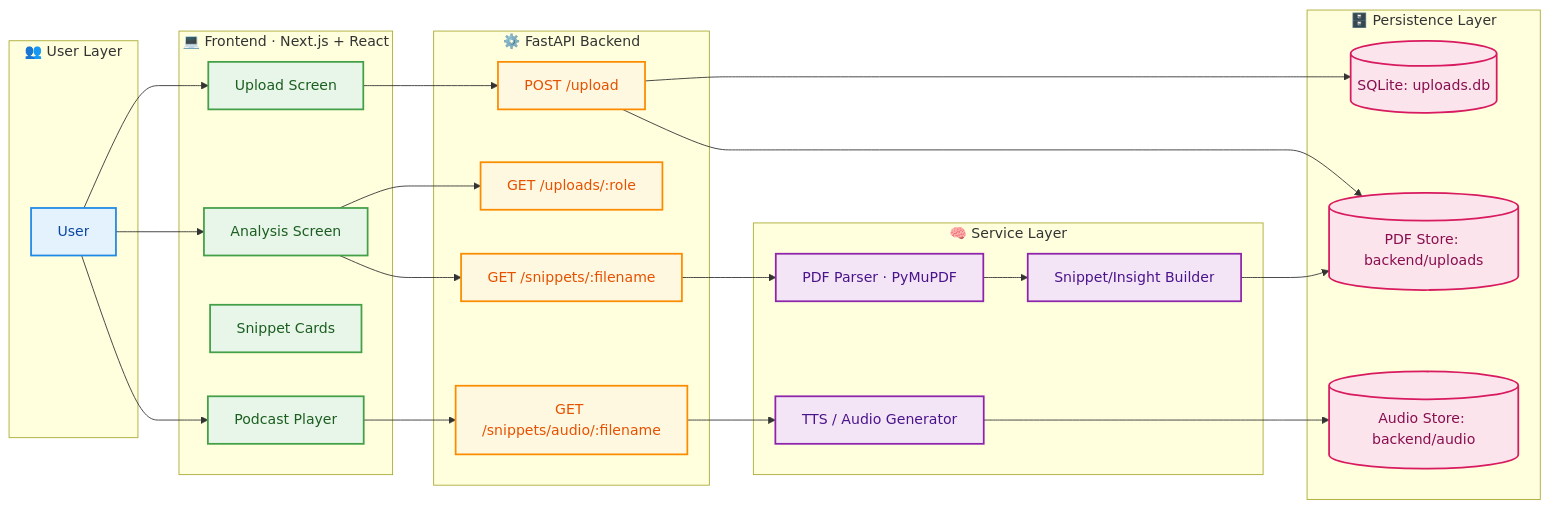
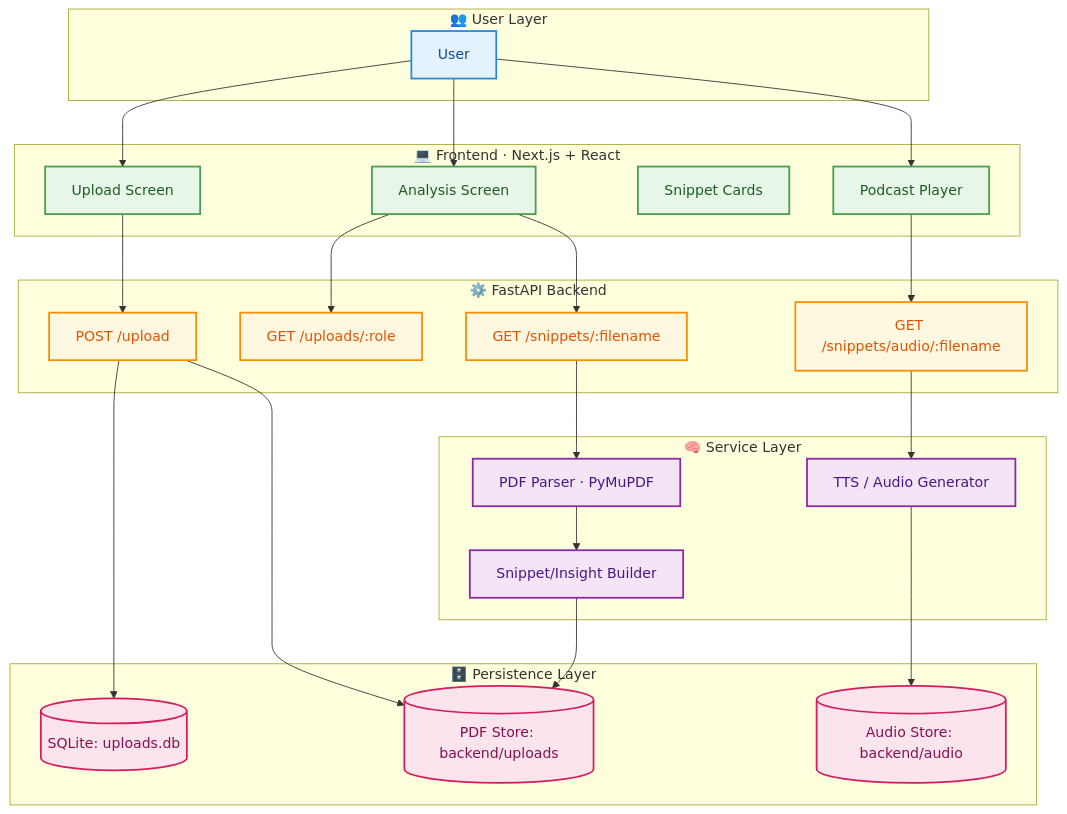
One commit to Ankitarai27/Adobe-Hackathon-2025 changed the second of 5 diagrams in README.md. Above: the diagram before and after it, drawn with Mermaid.

Commit message:
Fix mermaid flowchart direction in README

````diff
--- a/README.md
+++ b/README.md
@@ -79,58 +79,58 @@
 ```mermaid
-flowchart LR
+flowchart TB
     subgraph USER[👥 User Layer]
         U[User]
     end
 
     subgraph FE[💻 Frontend · Next.js + React]
         FE1[Upload Screen]
         FE2[Analysis Screen]
         FE3[Snippet Cards]
         FE4[Podcast Player]
     end
 
     subgraph API[⚙️ FastAPI Backend]
         A1[POST /upload]
         A2[GET /uploads/:role]
         A3[GET /snippets/:filename]
         A4[GET /snippets/audio/:filename]
     end
 
     subgraph SRV[🧠 Service Layer]
         S1[PDF Parser · PyMuPDF]
         S2[Snippet/Insight Builder]
         S3[TTS / Audio Generator]
     end
 
     subgraph STORE[🗄️ Persistence Layer]
         DB[(SQLite: uploads.db)]
         FS1[(PDF Store: backend/uploads)]
         FS2[(Audio Store: backend/audio)]
     end
 
     U --> FE1
     U --> FE2
     U --> FE4
 
     FE1 --> A1
     FE2 --> A2
     FE2 --> A3
     FE4 --> A4
 
     A1 --> DB
     A1 --> FS1
     A3 --> S1 --> S2 --> FS1
     A4 --> S3 --> FS2
 
     classDef user fill:#E3F2FD,stroke:#1E88E5,color:#0D47A1,stroke-width:2px;
     classDef frontend fill:#E8F5E9,stroke:#43A047,color:#1B5E20,stroke-width:2px;
     classDef api fill:#FFF8E1,stroke:#FB8C00,color:#E65100,stroke-width:2px;
     classDef service fill:#F3E5F5,stroke:#8E24AA,color:#4A148C,stroke-width:2px;
     classDef store fill:#FCE4EC,stroke:#D81B60,color:#880E4F,stroke-width:2px;
 
     class U user;
     class FE1,FE2,FE3,FE4 frontend;
     class A1,A2,A3,A4 api;
     class S1,S2,S3 service;
     class DB,FS1,FS2 store;
 ```
````
